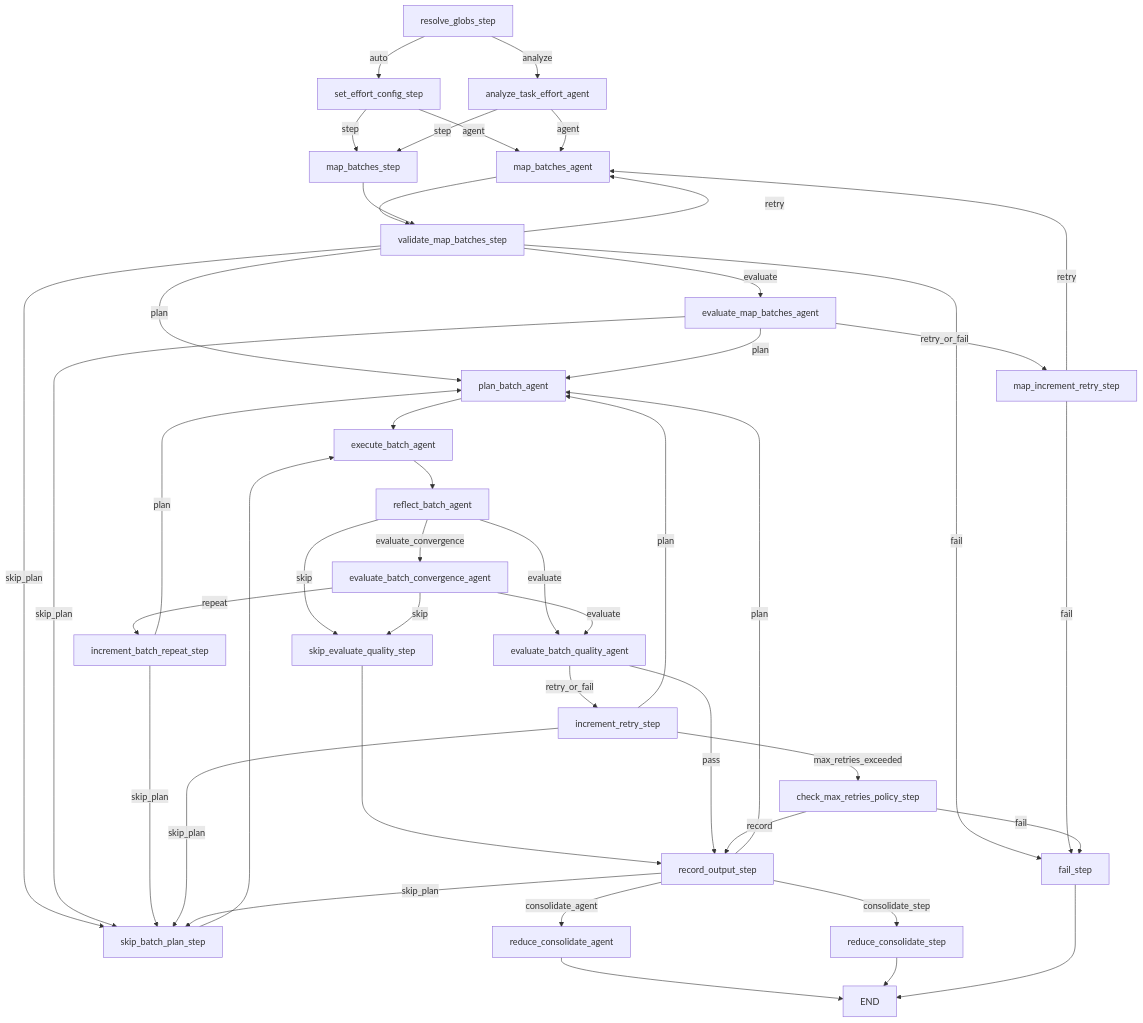
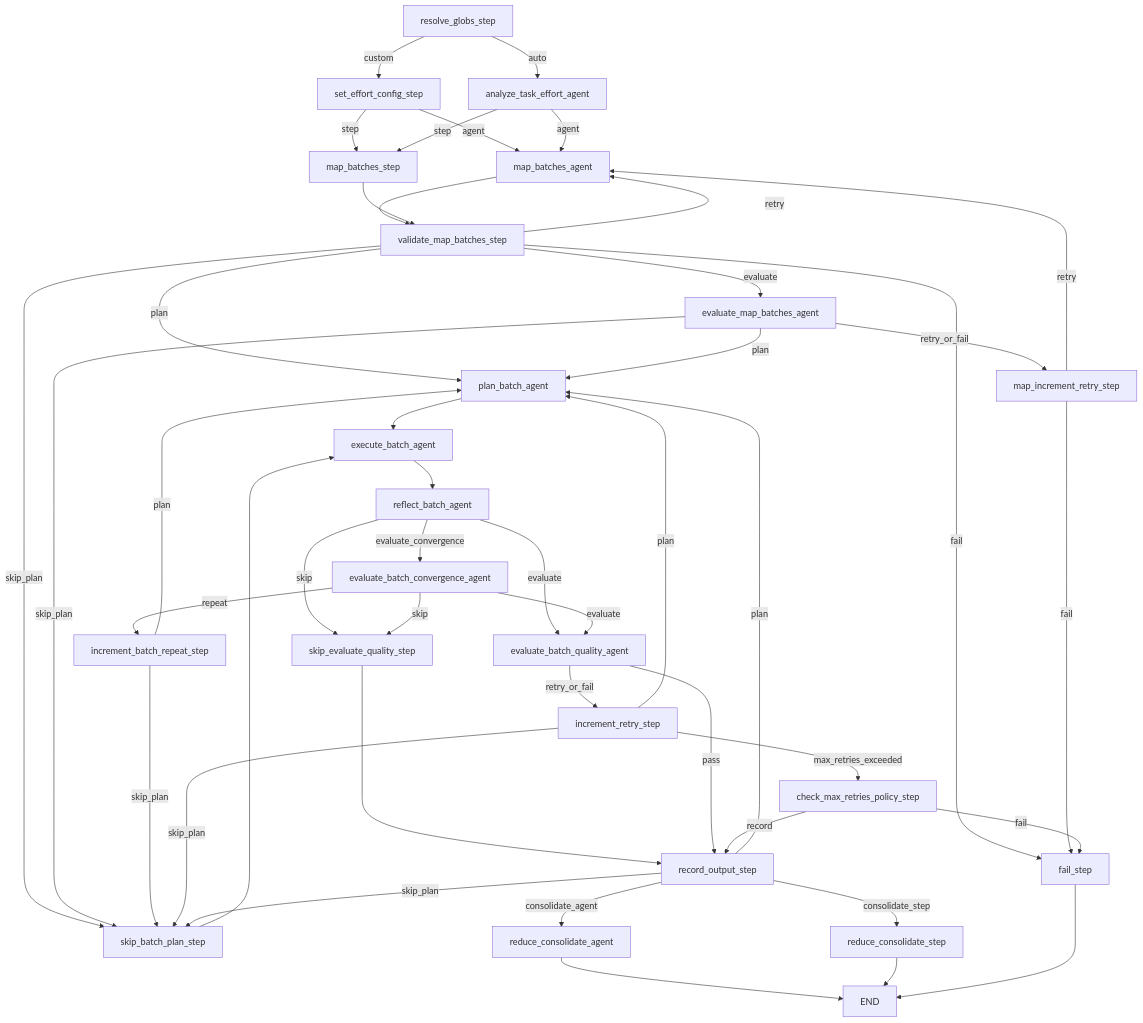
Before and after one commit to flaviostutz/deepworkflow: the diagram in lib/src/deepworkflow/app/workflows/file_batch_workflow/README.md, drawn with Mermaid. The commit also changed 93 other files, not shown here.

````diff
--- a/lib/src/deepworkflow/app/workflows/file_batch_workflow/README.md
+++ b/lib/src/deepworkflow/app/workflows/file_batch_workflow/README.md
@@ -7,62 +7,62 @@
 ```mermaid
 graph TD
-    resolve_globs_step --> |auto| set_effort_config_step
-    resolve_globs_step --> |analyze| analyze_task_effort_agent
+    resolve_globs_step --> |custom| set_effort_config_step
+    resolve_globs_step --> |auto| analyze_task_effort_agent
 
     set_effort_config_step --> |agent| map_batches_agent
     set_effort_config_step --> |step| map_batches_step
     analyze_task_effort_agent --> |agent| map_batches_agent
     analyze_task_effort_agent --> |step| map_batches_step
 
     map_batches_agent --> validate_map_batches_step
     map_batches_step --> validate_map_batches_step
 
     validate_map_batches_step --> |fail| fail_step
     validate_map_batches_step --> |retry| map_batches_agent
     validate_map_batches_step --> |evaluate| evaluate_map_batches_agent
     validate_map_batches_step --> |plan| plan_batch_agent
     validate_map_batches_step --> |skip_plan| skip_batch_plan_step
 
     evaluate_map_batches_agent --> |plan| plan_batch_agent
     evaluate_map_batches_agent --> |skip_plan| skip_batch_plan_step
     evaluate_map_batches_agent --> |retry_or_fail| map_increment_retry_step
 
     map_increment_retry_step --> |retry| map_batches_agent
     map_increment_retry_step --> |fail| fail_step
 
     plan_batch_agent --> execute_batch_agent
     skip_batch_plan_step --> execute_batch_agent
     execute_batch_agent --> reflect_batch_agent
 
     reflect_batch_agent --> |evaluate_convergence| evaluate_batch_convergence_agent
     reflect_batch_agent --> |evaluate| evaluate_batch_quality_agent
     reflect_batch_agent --> |skip| skip_evaluate_quality_step
 
     evaluate_batch_convergence_agent --> |repeat| increment_batch_repeat_step
     evaluate_batch_convergence_agent --> |evaluate| evaluate_batch_quality_agent
     evaluate_batch_convergence_agent --> |skip| skip_evaluate_quality_step
 
     increment_batch_repeat_step --> |plan| plan_batch_agent
     increment_batch_repeat_step --> |skip_plan| skip_batch_plan_step
 
     skip_evaluate_quality_step --> record_output_step
 
     evaluate_batch_quality_agent --> |pass| record_output_step
     evaluate_batch_quality_agent --> |retry_or_fail| increment_retry_step
 
     increment_retry_step --> |plan| plan_batch_agent
     increment_retry_step --> |skip_plan| skip_batch_plan_step
     increment_retry_step --> |max_retries_exceeded| check_max_retries_policy_step
 
     check_max_retries_policy_step --> |fail| fail_step
     check_max_retries_policy_step --> |record| record_output_step
 
     record_output_step --> |plan| plan_batch_agent
     record_output_step --> |skip_plan| skip_batch_plan_step
     record_output_step --> |consolidate_agent| reduce_consolidate_agent
     record_output_step --> |consolidate_step| reduce_consolidate_step
 
     reduce_consolidate_agent --> END
     reduce_consolidate_step --> END
     fail_step --> END
 ```
````
